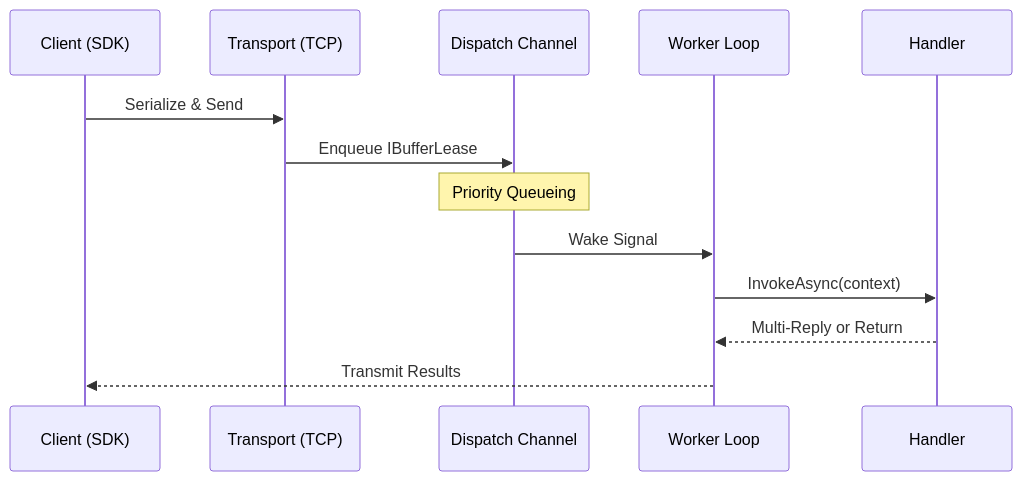
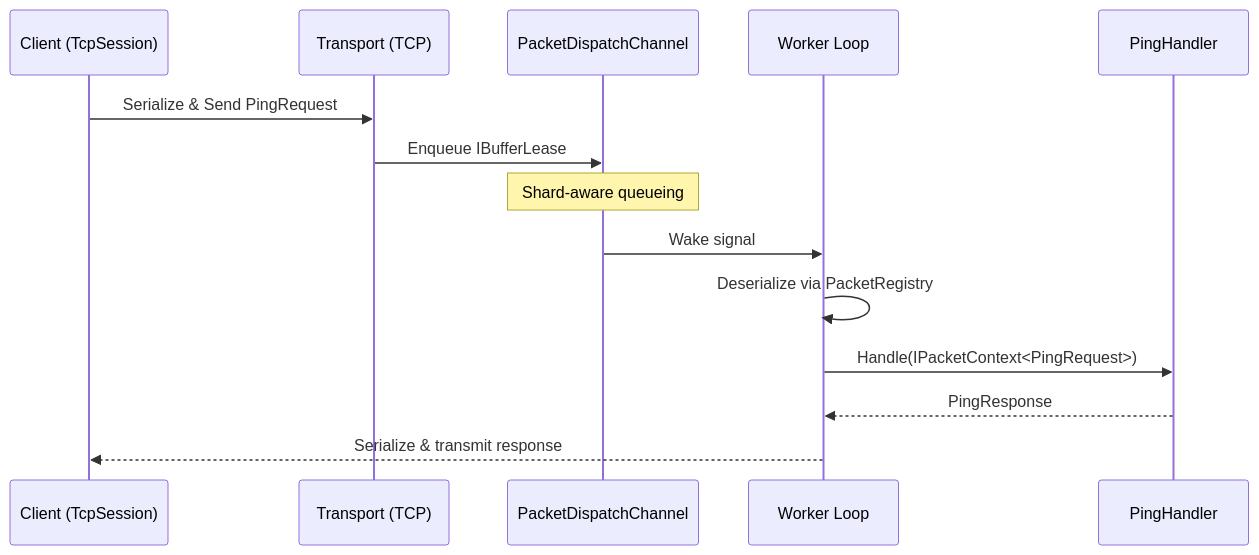
The diagram in docs/quickstart.md (ppn-systems/Nalix), drawn with Mermaid before and after one commit. The commit also changed other lines of this file and 75 other files, not shown here.

````diff
--- a/docs/quickstart.md
+++ b/docs/quickstart.md
@@ -137,16 +196,17 @@
 ```mermaid
 sequenceDiagram
-    participant C as Client (SDK)
+    participant C as Client (TcpSession)
     participant T as Transport (TCP)
-    participant D as Dispatch Channel
+    participant D as PacketDispatchChannel
     participant W as Worker Loop
-    participant H as Handler
+    participant H as PingHandler
 
-    C->>T: Serialize & Send
+    C->>T: Serialize & Send PingRequest
     T->>D: Enqueue IBufferLease
-    Note over D: Priority Queueing
-    D->>W: Wake Signal
-    W->>H: InvokeAsync(context)
-    H-->>W: Multi-Reply or Return
-    W-->>C: Transmit Results
+    Note over D: Shard-aware queueing
+    D->>W: Wake signal
+    W->>W: Deserialize via PacketRegistry
+    W->>H: Handle(IPacketContext<PingRequest>)
+    H-->>W: PingResponse
+    W-->>C: Serialize & transmit response
 ```
````
